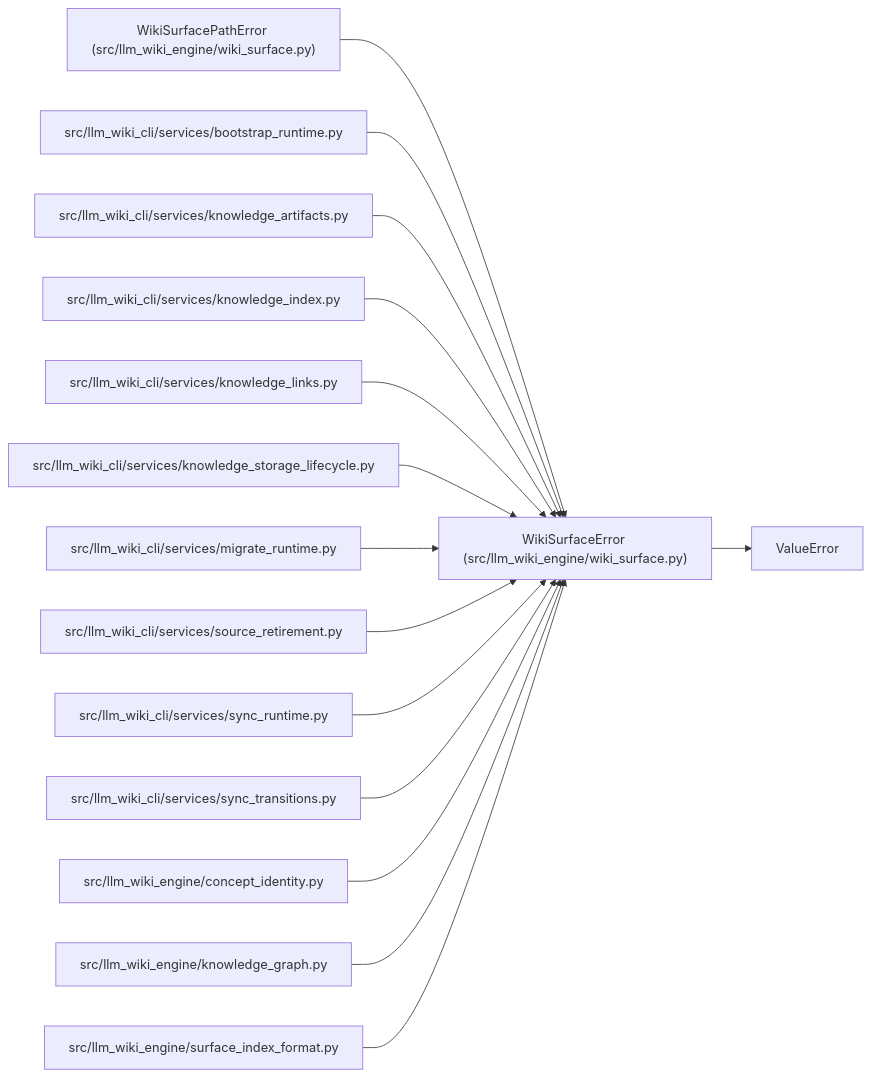
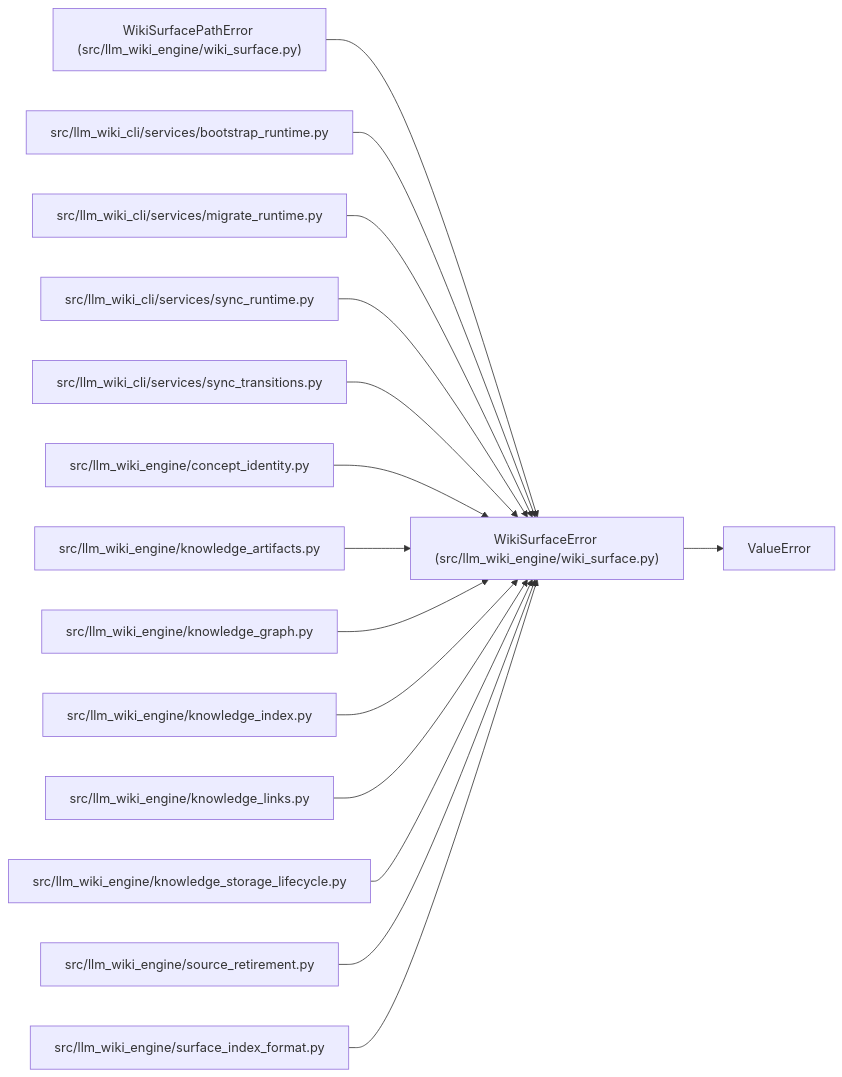
One commit to Denissvgn/python-wiki-llm changed the diagram in docs/llm_wiki/entities/WikiSurfaceError.md. Above: the diagram before and after it, drawn with Mermaid. The commit also changed 1058 other files, not shown here.

First line of the commit message:
docs: refresh the wiki for the knowledge store move

````diff
--- a/docs/llm_wiki/entities/WikiSurfaceError.md
+++ b/docs/llm_wiki/entities/WikiSurfaceError.md
@@ -23,46 +23,46 @@
 ```mermaid
 flowchart LR
     n0["WikiSurfaceError (src/llm_wiki_engine/wiki_surface.py)"]
     n1["ValueError"]
     n2["WikiSurfacePathError (src/llm_wiki_engine/wiki_surface.py)"]
     n3["src/llm_wiki_cli/services/bootstrap_runtime.py"]
-    n4["src/llm_wiki_cli/services/knowledge_artifacts.py"]
-    n5["src/llm_wiki_cli/services/knowledge_index.py"]
-    n6["src/llm_wiki_cli/services/knowledge_links.py"]
-    n7["src/llm_wiki_cli/services/knowledge_storage_lifecycle.py"]
-    n8["src/llm_wiki_cli/services/migrate_runtime.py"]
-    n9["src/llm_wiki_cli/services/source_retirement.py"]
-    n10["src/llm_wiki_cli/services/sync_runtime.py"]
-    n11["src/llm_wiki_cli/services/sync_transitions.py"]
-    n12["src/llm_wiki_engine/concept_identity.py"]
-    n13["src/llm_wiki_engine/knowledge_graph.py"]
+    n4["src/llm_wiki_cli/services/migrate_runtime.py"]
+    n5["src/llm_wiki_cli/services/sync_runtime.py"]
+    n6["src/llm_wiki_cli/services/sync_transitions.py"]
+    n7["src/llm_wiki_engine/concept_identity.py"]
+    n8["src/llm_wiki_engine/knowledge_artifacts.py"]
+    n9["src/llm_wiki_engine/knowledge_graph.py"]
+    n10["src/llm_wiki_engine/knowledge_index.py"]
+    n11["src/llm_wiki_engine/knowledge_links.py"]
+    n12["src/llm_wiki_engine/knowledge_storage_lifecycle.py"]
+    n13["src/llm_wiki_engine/source_retirement.py"]
     n14["src/llm_wiki_engine/surface_index_format.py"]
     n0 --> n1
     n2 --> n0
     n3 --> n0
     n4 --> n0
     n5 --> n0
     n6 --> n0
     n7 --> n0
     n8 --> n0
     n9 --> n0
     n10 --> n0
     n11 --> n0
     n12 --> n0
     n13 --> n0
     n14 --> n0
     click n0 "../modules/wiki_surface.md"
     click n2 "../modules/wiki_surface.md"
     click n3 "../modules/bootstrap_runtime.md"
-    click n4 "../modules/knowledge_artifacts.md"
-    click n5 "../modules/knowledge_index.md"
-    click n6 "../modules/knowledge_links.md"
-    click n7 "../modules/knowledge_storage_lifecycle.md"
-    click n8 "../modules/migrate_runtime.md"
-    click n9 "../modules/source_retirement.md"
-    click n10 "../modules/sync_runtime.md"
-    click n11 "../modules/sync_transitions.md"
-    click n12 "../modules/concept_identity.md"
-    click n13 "../modules/knowledge_graph.md"
+    click n4 "../modules/migrate_runtime.md"
+    click n5 "../modules/sync_runtime.md"
+    click n6 "../modules/sync_transitions.md"
+    click n7 "../modules/concept_identity.md"
+    click n8 "../modules/knowledge_artifacts.md"
+    click n9 "../modules/knowledge_graph.md"
+    click n10 "../modules/knowledge_index.md"
+    click n11 "../modules/knowledge_links.md"
+    click n12 "../modules/knowledge_storage_lifecycle.md"
+    click n13 "../modules/source_retirement.md"
     click n14 "../modules/surface_index_format.md"
 ```
````
